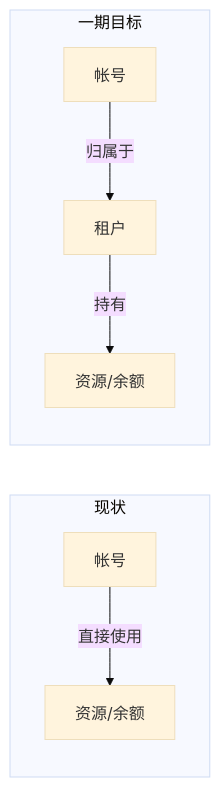
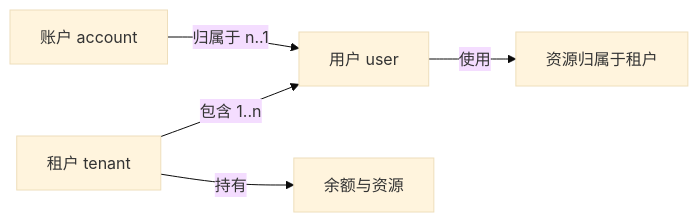
One commit to Deliay/z-agent-gear changed the first of 4 diagrams in docs/product/draft/20261027-multi-tenant-phase1.md. Above: the diagram before and after it, drawn with Mermaid (base theme). The commit also changed other lines of this file and 3 other files, not shown here.

````diff
--- a/docs/product/draft/20261027-multi-tenant-phase1.md
+++ b/docs/product/draft/20261027-multi-tenant-phase1.md
@@ -22,10 +25,7 @@
 ```mermaid
 flowchart LR
-    subgraph 现状
-        U1[帐号] -->|直接使用| R1[资源/余额]
-    end
-    subgraph 一期目标
-        U2[帐号] -->|归属于| T[租户]
-        T -->|持有| R2[资源/余额]
-    end
+    T[租户 tenant] -->|包含 1..n| U[用户 user]
+    A[账户 account] -->|归属于 n..1| U
+    U -->|使用| R[资源归属于租户]
+    T -->|持有| R2[余额与资源]
 ```
````
